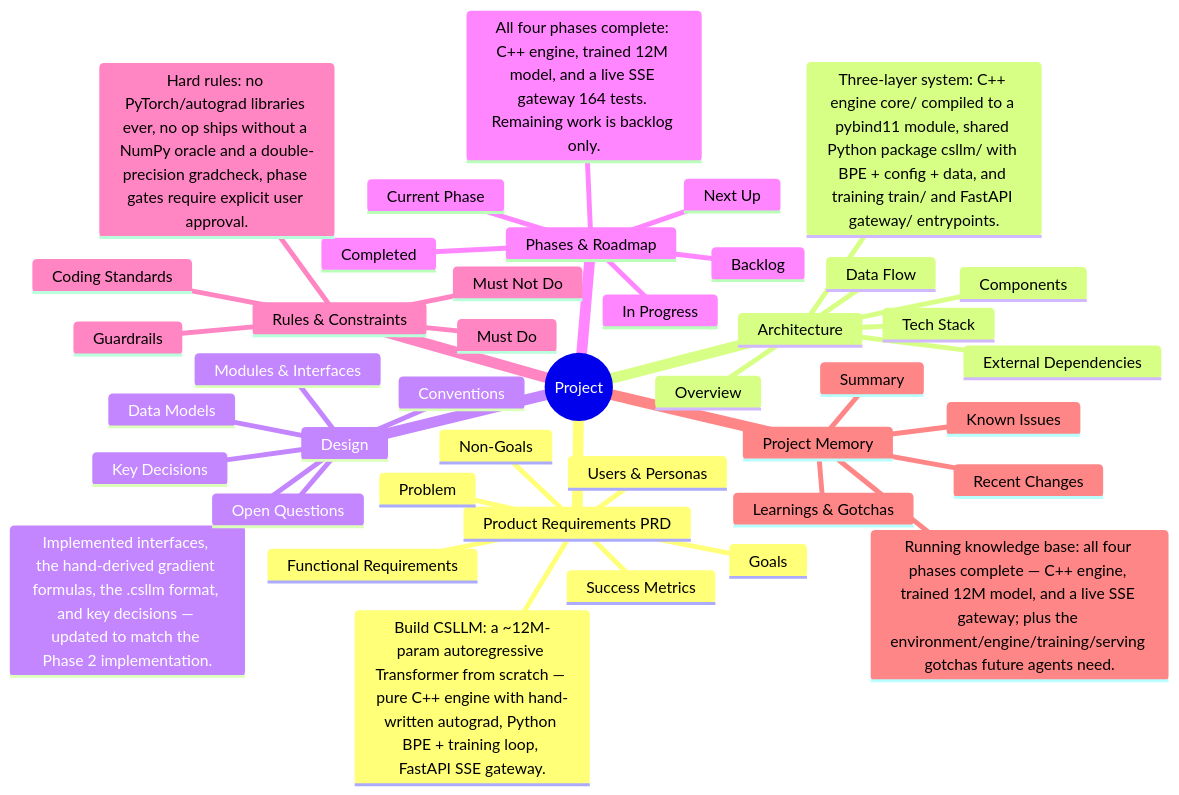
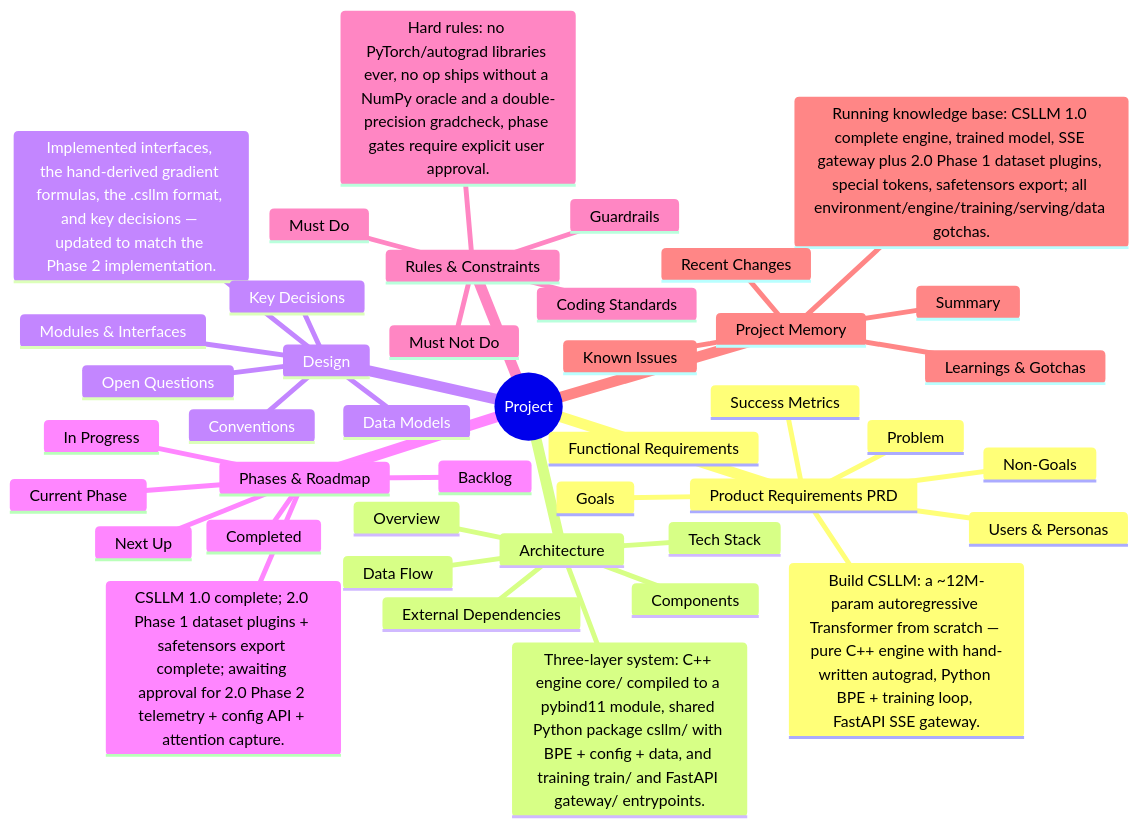
The diagram in .knbase/mindmap.md (emulsazib/csllm-1.0-pro), drawn with Mermaid before and after one commit. The commit also changed other lines of this file and 23 other files, not shown here.

````diff
--- a/.knbase/mindmap.md
+++ b/.knbase/mindmap.md
@@ -5,51 +5,51 @@
 ```mermaid
 mindmap
   root((Project))
     Product Requirements PRD
       ::icon(fa fa-info)
       Build CSLLM: a ~12M-param autoregressive Transformer from scratch — pure C++ engine with hand-written autograd, Python BPE + training loop, FastAPI SSE gateway.
       Problem
       Goals
       Users & Personas
       Functional Requirements
       Non-Goals
       Success Metrics
     Architecture
       ::icon(fa fa-info)
       Three-layer system: C++ engine core/ compiled to a pybind11 module, shared Python package csllm/ with BPE + config + data, and training train/ and FastAPI gateway/ entrypoints.
       Overview
       Components
       Data Flow
       Tech Stack
       External Dependencies
     Design
       ::icon(fa fa-info)
       Implemented interfaces, the hand-derived gradient formulas, the .csllm format, and key decisions — updated to match the Phase 2 implementation.
       Modules & Interfaces
       Key Decisions
       Data Models
       Conventions
       Open Questions
     Phases & Roadmap
       ::icon(fa fa-info)
-      All four phases complete: C++ engine, trained 12M model, and a live SSE gateway 164 tests. Remaining work is backlog only.
+      CSLLM 1.0 complete; 2.0 Phase 1 dataset plugins + safetensors export complete; awaiting approval for 2.0 Phase 2 telemetry + config API + attention capture.
       Current Phase
       Completed
       In Progress
       Next Up
       Backlog
     Rules & Constraints
       ::icon(fa fa-info)
       Hard rules: no PyTorch/autograd libraries ever, no op ships without a NumPy oracle and a double-precision gradcheck, phase gates require explicit user approval.
       Must Do
       Must Not Do
       Coding Standards
       Guardrails
     Project Memory
       ::icon(fa fa-info)
-      Running knowledge base: all four phases complete — C++ engine, trained 12M model, and a live SSE gateway; plus the environment/engine/training/serving gotchas future agents need.
+      Running knowledge base: CSLLM 1.0 complete engine, trained model, SSE gateway plus 2.0 Phase 1 dataset plugins, special tokens, safetensors export; all environment/engine/training/serving/data gotchas.
       Summary
       Recent Changes
       Learnings & Gotchas
       Known Issues
 ```
````
